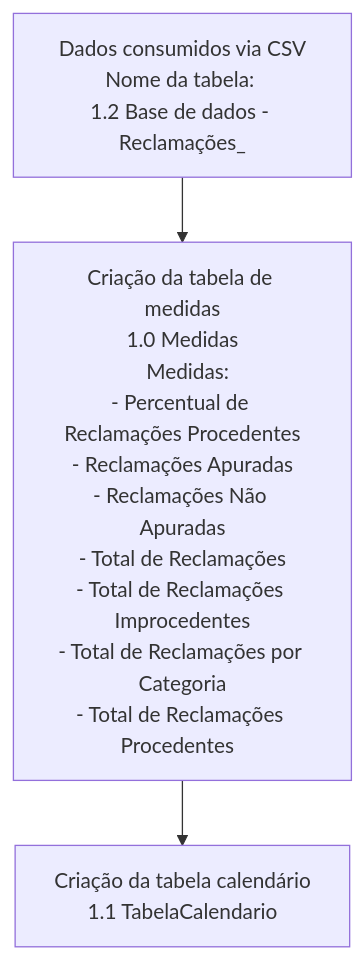
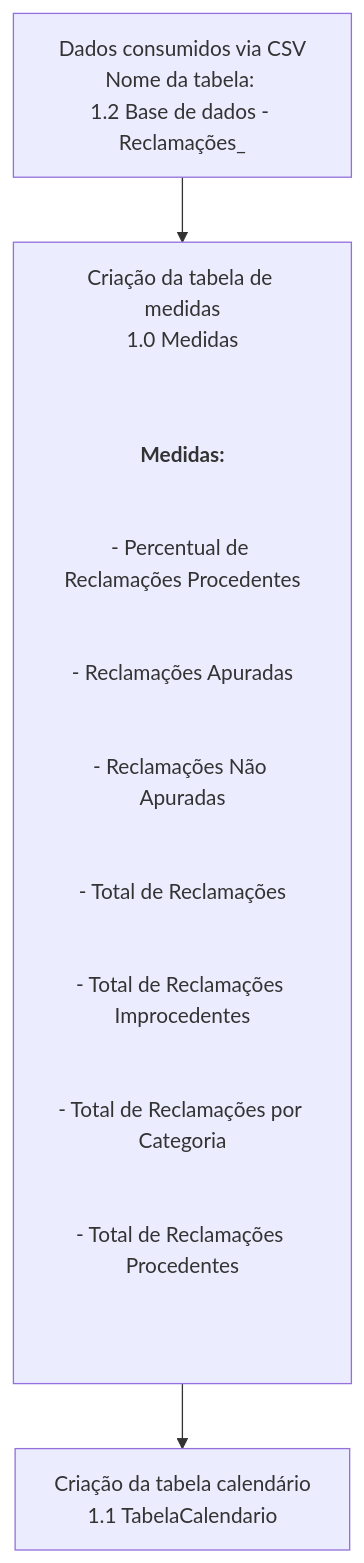
The diagram in README.md (HerbertSouto/projeto_reclamacoes), drawn with Mermaid before and after one commit.

Commit message:
Atualização do read me

````diff
--- a/README.md
+++ b/README.md
@@ -3,8 +3,18 @@
 ```mermaid
 
 graph TD;
-    A[Dados consumidos via CSV<br>Nome da tabela: <br>1.2 Base de dados - Reclamações_] --> B[Criação da tabela de medidas<br>1.0 Medidas<br><span style="background-color:#f0f0f0; padding: 8px; border-radius: 5px;">Medidas:<br>- Percentual de Reclamações Procedentes<br>- Reclamações Apuradas<br>- Reclamações Não Apuradas<br>- Total de Reclamações<br>- Total de Reclamações Improcedentes<br>- Total de Reclamações por Categoria<br>- Total de Reclamações Procedentes</span>];
+    A[Dados consumidos via CSV<br>Nome da tabela: <br>1.2 Base de dados - Reclamações_] --> B[Criação da tabela de medidas<br>1.0 Medidas<br><ul style="list-style-type: none; padding-left: 0;">
+    <li><strong>Medidas:</strong></li>
+    <li>- Percentual de Reclamações Procedentes</li>
+    <li>- Reclamações Apuradas</li>
+    <li>- Reclamações Não Apuradas</li>
+    <li>- Total de Reclamações</li>
+    <li>- Total de Reclamações Improcedentes</li>
+    <li>- Total de Reclamações por Categoria</li>
+    <li>- Total de Reclamações Procedentes</li>
+    </ul>];
     B --> C[Criação da tabela calendário<br>1.1 TabelaCalendario];
 
 
+
 ```
````
